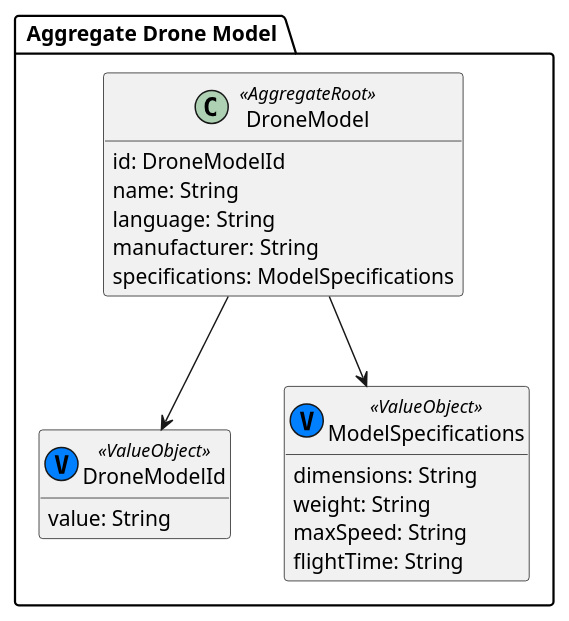
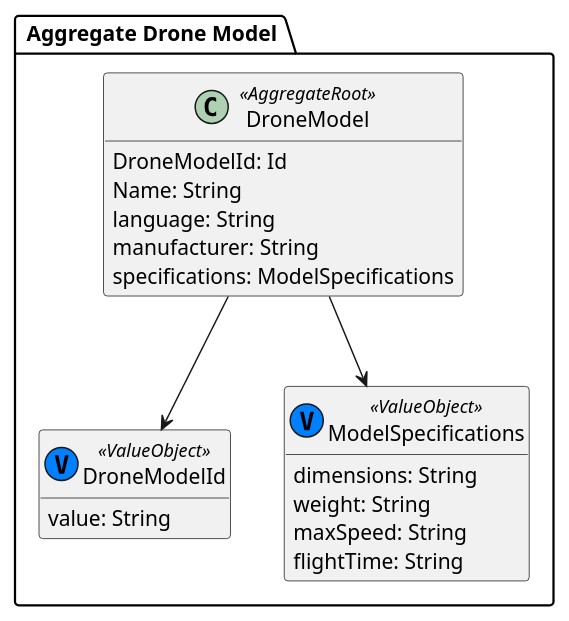
The diagram in docs/us_110/subDomains/domains/aggregate_drone_model.puml (HenriqueSilva18/Drone-Show-Management-System), drawn with PlantUML before and after one commit. The commit also changed 10 other files, not shown here.

```diff
--- a/docs/us_110/subDomains/domains/aggregate_drone_model.puml
+++ b/docs/us_110/subDomains/domains/aggregate_drone_model.puml
@@ -1,31 +1,31 @@
 @startuml
 hide methods
 
 package " Aggregate Drone Model " {
 
     ' Agregado DroneModel (Aggregate Root)
     class DroneModel <<AggregateRoot>> {
-        id: DroneModelId
-        name: String
+        DroneModelId: Id
+        Name: String
         language: String
         manufacturer: String
         specifications: ModelSpecifications
     }
 
     ' Value Objects associados
     class DroneModelId <<(V, #007fff) ValueObject>> {
         value: String
     }
 
     class ModelSpecifications <<(V, #007fff) ValueObject>> {
         dimensions: String
         weight: String
         maxSpeed: String
         flightTime: String
     }
 
     ' Ligações
     DroneModel --> DroneModelId
     DroneModel --> ModelSpecifications
 }
 @enduml
```
